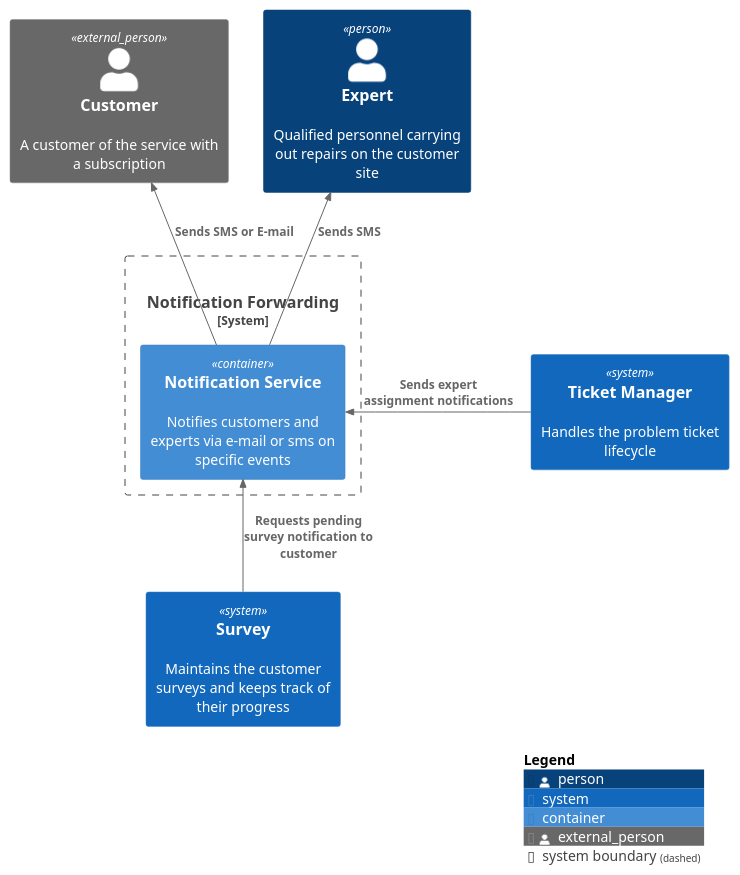
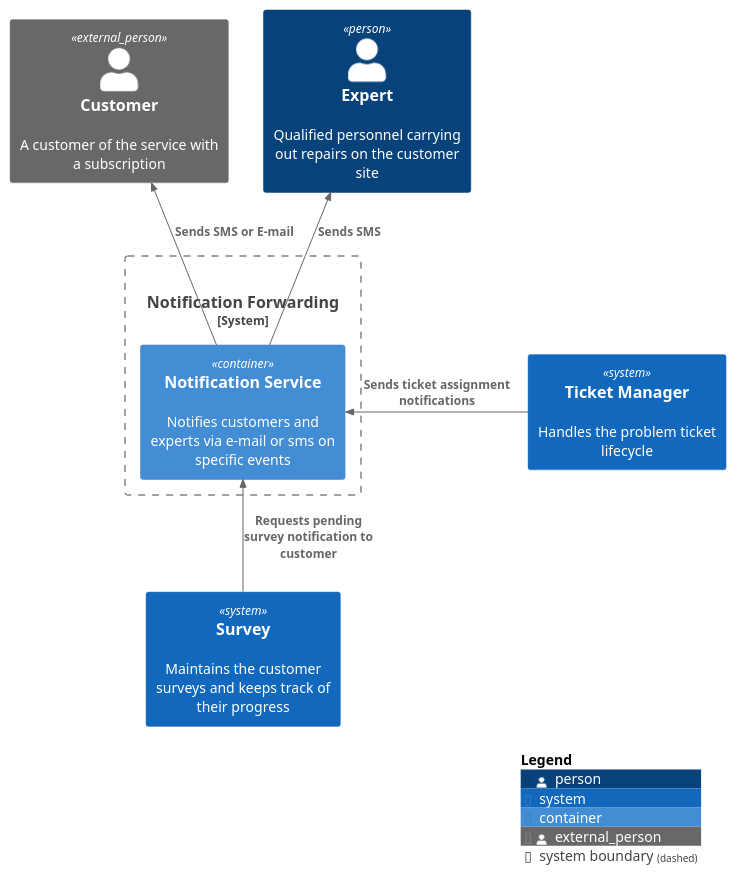
The diagram in Doc/Diagrams/2. Containers/NotificationSystem/NotificationSystem.md (gantonopoulos/ganymed), drawn with PlantUML before and after one commit. The commit also changed other lines of this file and 2 other files, not shown here.

Commit message:
Adds the notification forwarding container diagram

````diff
--- a/Doc/Diagrams/2. Containers/NotificationSystem/NotificationSystem.md
+++ b/Doc/Diagrams/2. Containers/NotificationSystem/NotificationSystem.md
@@ -3,26 +3,26 @@
 ```plantuml
 
 @startuml 
 !includeurl https://raw.githubusercontent.com/plantuml-stdlib/C4-PlantUML/v2.2.0/C4_Context.puml
 !includeurl https://raw.githubusercontent.com/plantuml-stdlib/C4-PlantUML/v2.2.0/C4_Container.puml
 !includeurl https://raw.githubusercontent.com/plantuml-stdlib/C4-PlantUML/v2.2.0/C4_Component.puml
 
 
 Person_Ext(customer, "Customer", "A customer of the service with a subscription")
 Person(sysopsExpert,"Expert", "Qualified personnel carrying out repairs on the customer site")
 System(ticketManagement, "Ticket Manager", "Handles the problem ticket lifecycle")
 System(survey, "Survey", "Maintains the customer surveys and keeps track of their progress")
 
 System_Boundary(notificationForwarding,"Notification Forwarding"){
     Container(notificationService, "Notification Service", "", "Notifies customers and experts via e-mail or sms on specific events")        
 }
 
 Rel_U(notificationService, sysopsExpert,"Sends SMS")
 Rel_U(notificationService, customer,"Sends SMS or E-mail")
 Rel_U(survey, notificationService, "Requests pending survey notification to customer")
-Rel_L(ticketManagement, notificationService, "Sends expert assignment notifications")
+Rel_L(ticketManagement, notificationService, "Sends ticket assignment notifications")
 
 SHOW_LEGEND(false)
 @enduml
 
 ```
````
